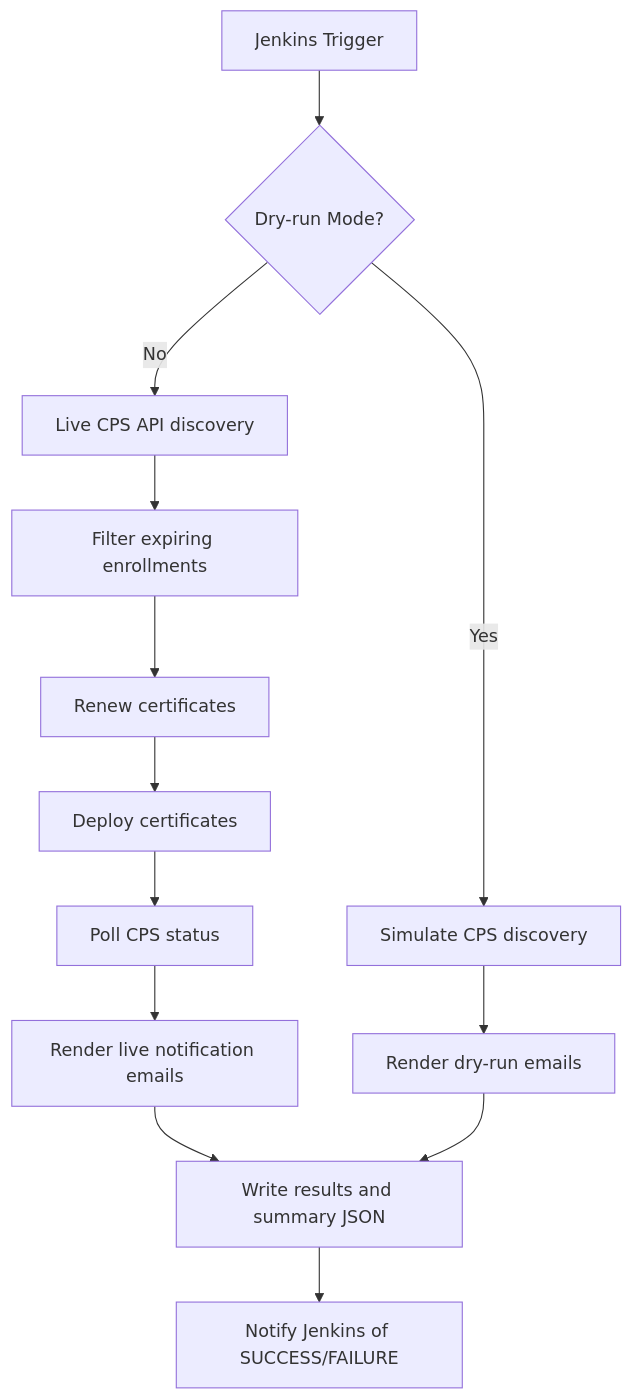
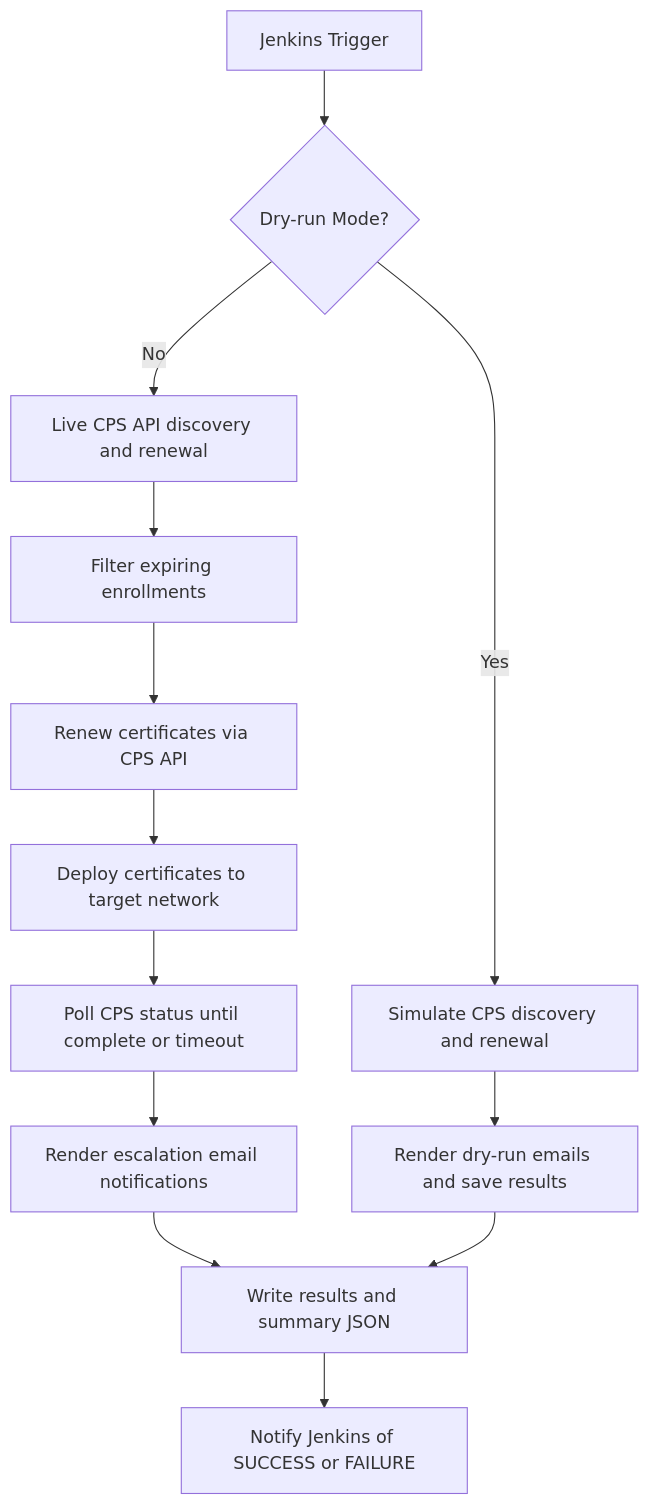
The first of 2 diagrams in terraform-aws-tfe/modules/cloud_init_generic_functions/README_swimlane.md (ksagoo/tfe-fdo-back), drawn with Mermaid before and after one commit. The commit also changed other lines of this file, not shown here.

````diff
--- a/terraform-aws-tfe/modules/cloud_init_generic_functions/README_swimlane.md
+++ b/terraform-aws-tfe/modules/cloud_init_generic_functions/README_swimlane.md
@@ -14,15 +14,15 @@
 ```mermaid
 flowchart TD
     A[Jenkins Trigger] --> B{Dry-run Mode?}
-    B -->|Yes| C[Simulate CPS discovery]
-    B -->|No| D[Live CPS API discovery]
-    C --> E[Render dry-run emails]
+    B -->|Yes| C[Simulate CPS discovery and renewal]
+    B -->|No| D[Live CPS API discovery and renewal]
+    C --> E[Render dry-run emails and save results]
     D --> F[Filter expiring enrollments]
-    F --> G[Renew certificates]
-    G --> H[Deploy certificates]
-    H --> I[Poll CPS status]
-    I --> J[Render live notification emails]
+    F --> G[Renew certificates via CPS API]
+    G --> H[Deploy certificates to target network]
+    H --> I[Poll CPS status until complete or timeout]
+    I --> J[Render escalation email notifications]
     J --> K[Write results and summary JSON]
     E --> K
-    K --> L[Notify Jenkins of SUCCESS/FAILURE]
+    K --> L[Notify Jenkins of SUCCESS or FAILURE]
 ```
````
